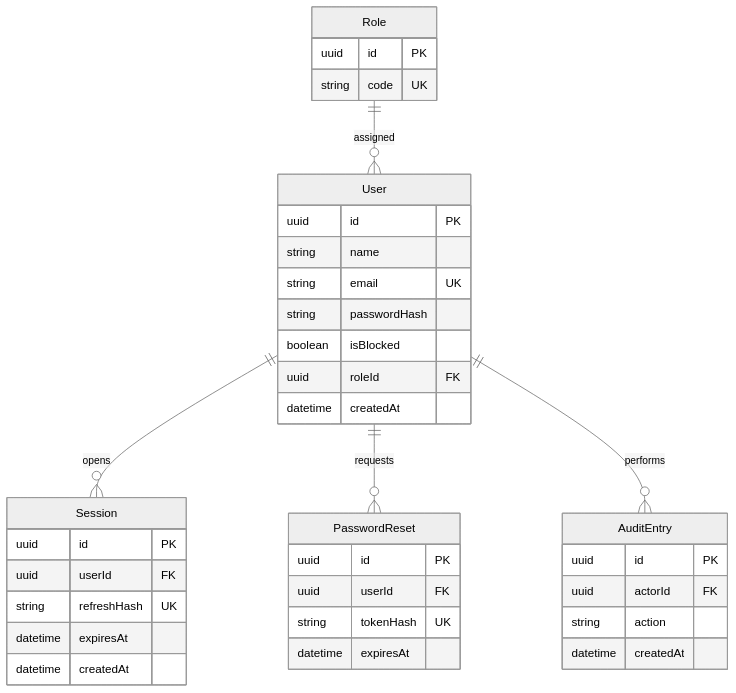
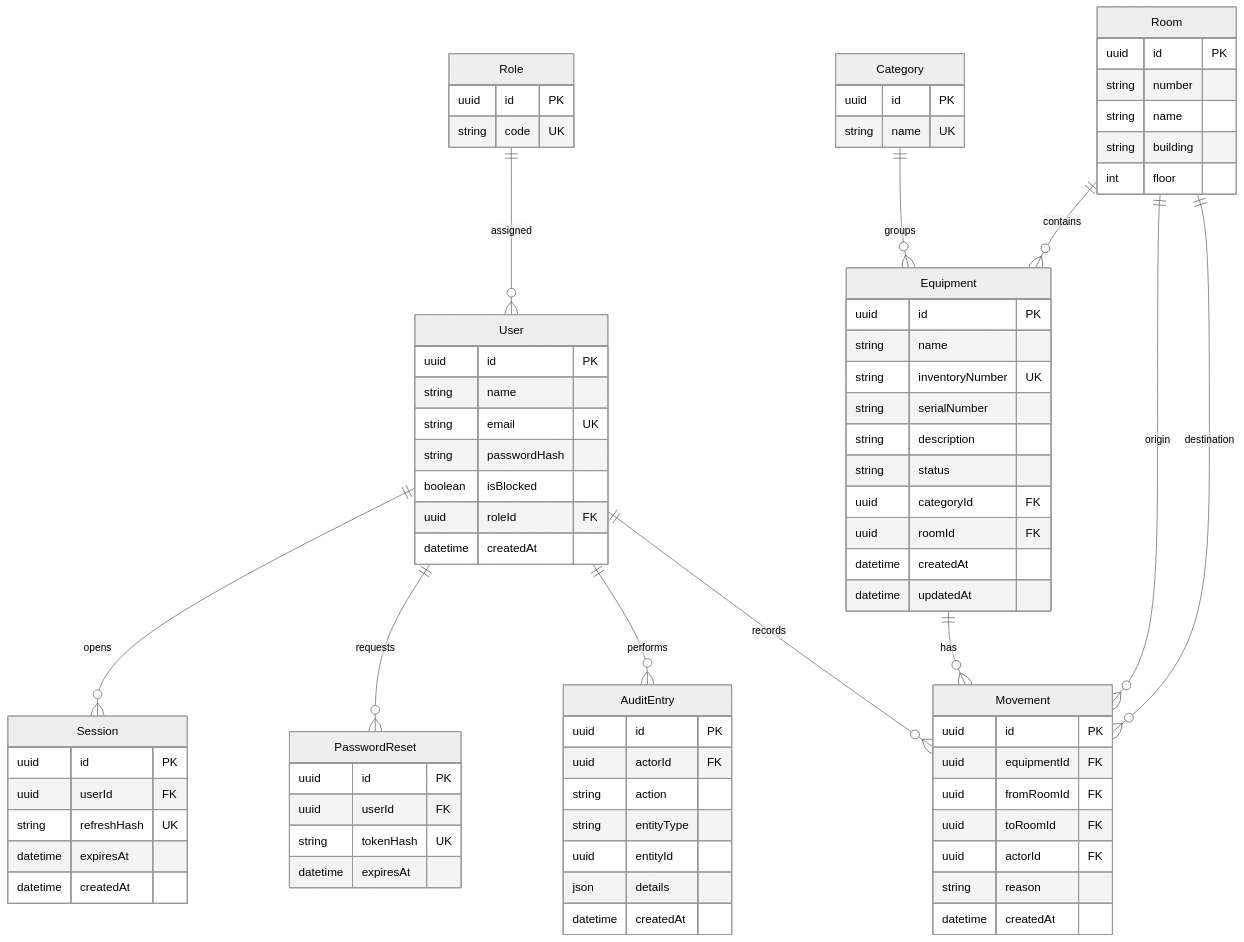
The third of 3 diagrams in docs/architecture.md (Samirrrrr123/college-inventory), drawn with Mermaid (neutral theme) before and after one commit. The commit also changed other lines of this file and 29 other files, not shown here.

````diff
--- a/docs/architecture.md
+++ b/docs/architecture.md
@@ -79,40 +79,81 @@
 ```mermaid
 erDiagram
     Role ||--o{ User : assigned
     User ||--o{ Session : opens
     User ||--o{ PasswordReset : requests
     User ||--o{ AuditEntry : performs
+    Category ||--o{ Equipment : groups
+    Room ||--o{ Equipment : contains
+    Equipment ||--o{ Movement : has
+    Room ||--o{ Movement : origin
+    Room ||--o{ Movement : destination
+    User ||--o{ Movement : records
 
     Role {
         uuid id PK
         string code UK
     }
     User {
         uuid id PK
         string name
         string email UK
         string passwordHash
         boolean isBlocked
         uuid roleId FK
         datetime createdAt
     }
     Session {
         uuid id PK
         uuid userId FK
         string refreshHash UK
         datetime expiresAt
         datetime createdAt
     }
     PasswordReset {
         uuid id PK
         uuid userId FK
         string tokenHash UK
         datetime expiresAt
     }
     AuditEntry {
         uuid id PK
         uuid actorId FK
         string action
+        string entityType
+        uuid entityId
+        json details
+        datetime createdAt
+    }
+    Category {
+        uuid id PK
+        string name UK
+    }
+    Room {
+        uuid id PK
+        string number
+        string name
+        string building
+        int floor
+    }
+    Equipment {
+        uuid id PK
+        string name
+        string inventoryNumber UK
+        string serialNumber
+        string description
+        string status
+        uuid categoryId FK
+        uuid roomId FK
+        datetime createdAt
+        datetime updatedAt
+    }
+    Movement {
+        uuid id PK
+        uuid equipmentId FK
+        uuid fromRoomId FK
+        uuid toRoomId FK
+        uuid actorId FK
+        string reason
         datetime createdAt
     }
 ```
````
